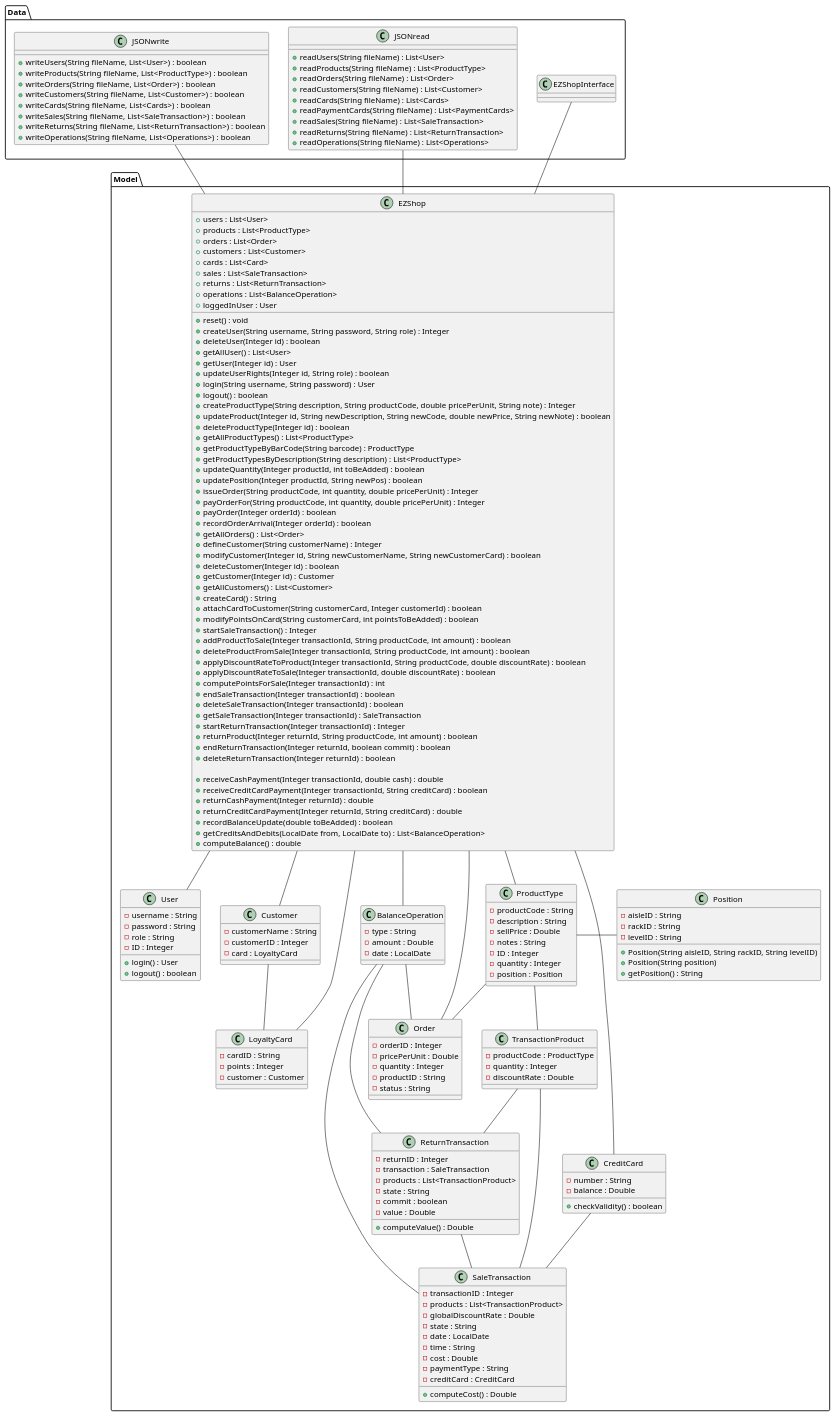
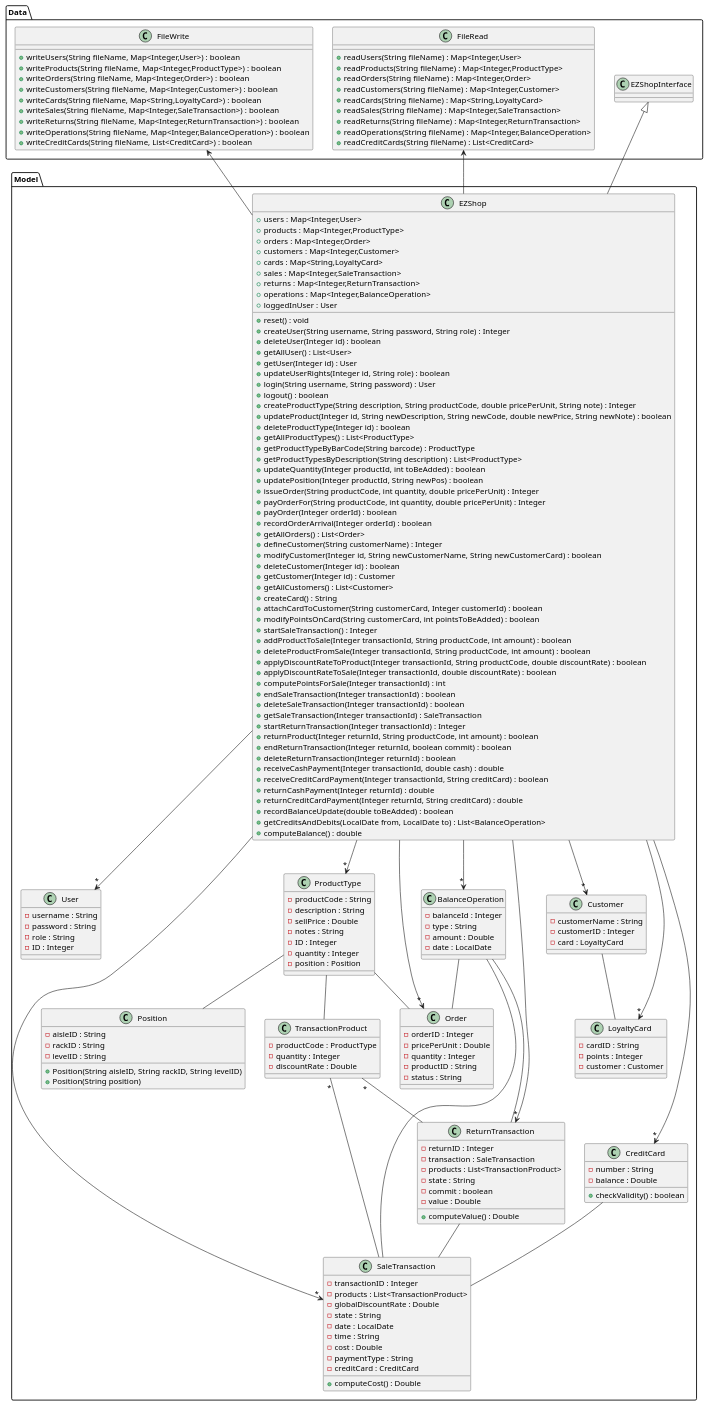
The first of 27 diagrams in Deliverables/DesignDocument.md (giuseppesalvi/ezshop), drawn with PlantUML before and after one commit. The commit also changed other lines of this file, not shown here.

Commit message:
Update DesignDocument.md : updated class diagram

````diff
--- a/Deliverables/DesignDocument.md
+++ b/Deliverables/DesignDocument.md
@@ -39,38 +34,40 @@
 
 package Data {
     Class EZShopInterface{}
-    Class JSONread{
-        +readUsers(String fileName) : List<User>
-        +readProducts(String fileName) : List<ProductType>
-        +readOrders(String fileName) : List<Order>
-        +readCustomers(String fileName) : List<Customer>
-        +readCards(String fileName) : List<Cards>
-        +readPaymentCards(String fileName) : List<PaymentCards>
-        +readSales(String fileName) : List<SaleTransaction>
-        +readReturns(String fileName) : List<ReturnTransaction>
-        +readOperations(String fileName) : List<Operations>
+    Class FileRead{
+        +readUsers(String fileName) : Map<Integer,User>
+        +readProducts(String fileName) : Map<Integer,ProductType>
+        +readOrders(String fileName) : Map<Integer,Order>
+        +readCustomers(String fileName) : Map<Integer,Customer>
+        +readCards(String fileName) : Map<String,LoyaltyCard>
+        +readSales(String fileName) : Map<Integer,SaleTransaction>
+        +readReturns(String fileName) : Map<Integer,ReturnTransaction>
+        +readOperations(String fileName) : Map<Integer,BalanceOperation>
+        +readCreditCards(String fileName) : List<CreditCard>
+        
     }
-    Class JSONwrite{
-        +writeUsers(String fileName, List<User>) : boolean
-        +writeProducts(String fileName, List<ProductType>) : boolean
-        +writeOrders(String fileName, List<Order>) : boolean
-        +writeCustomers(String fileName, List<Customer>) : boolean
-        +writeCards(String fileName, List<Cards>) : boolean
-        +writeSales(String fileName, List<SaleTransaction>) : boolean
-        +writeReturns(String fileName, List<ReturnTransaction>) : boolean
-        +writeOperations(String fileName, List<Operations>) : boolean
+    Class FileWrite{
+        +writeUsers(String fileName, Map<Integer,User>) : boolean
+        +writeProducts(String fileName, Map<Integer,ProductType>) : boolean
+        +writeOrders(String fileName, Map<Integer,Order>) : boolean
+        +writeCustomers(String fileName, Map<Integer,Customer>) : boolean
+        +writeCards(String fileName, Map<String,LoyaltyCard>) : boolean
+        +writeSales(String fileName, Map<Integer,SaleTransaction>) : boolean
+        +writeReturns(String fileName, Map<Integer,ReturnTransaction>) : boolean
+        +writeOperations(String fileName, Map<Integer,BalanceOperation>) : boolean
+        +writeCreditCards(String fileName, List<CreditCard>) : boolean
     }
 }
 package Model {
 Class EZShop{
-    +users : List<User>
-    +products : List<ProductType>
-    +orders : List<Order>
-    +customers : List<Customer>
-    +cards : List<Card>
-    +sales : List<SaleTransaction>
-    +returns : List<ReturnTransaction>
-    +operations : List<BalanceOperation>
+    +users : Map<Integer,User>
+    +products : Map<Integer,ProductType>
+    +orders : Map<Integer,Order>
+    +customers : Map<Integer,Customer>
+    +cards : Map<String,LoyaltyCard>
+    +sales : Map<Integer,SaleTransaction>
+    +returns : Map<Integer,ReturnTransaction>
+    +operations : Map<Integer,BalanceOperation>
     +loggedInUser : User
     
     +reset() : void
@@ -115,7 +112,6 @@
     +returnProduct(Integer returnId, String productCode, int amount) : boolean
     +endReturnTransaction(Integer returnId, boolean commit) : boolean
     +deleteReturnTransaction(Integer returnId) : boolean
-
     +receiveCashPayment(Integer transactionId, double cash) : double
     +receiveCreditCardPayment(Integer transactionId, String creditCard) : boolean
     +returnCashPayment(Integer returnId) : double
@@ -130,8 +126,6 @@
     -password : String
     -role : String
     -ID : Integer
-    +login() : User
-    +logout() : boolean
 }
 
 
@@ -151,7 +145,6 @@
     -levelID : String
     +Position(String aisleID, String rackID, String levelID)
     +Position(String position)
-    +getPosition() : String
 }
 class Order {
     -orderID : Integer
@@ -203,6 +196,7 @@
 }
 
 class BalanceOperation{
+    -balanceId : Integer
     -type : String
     -amount : Double
     -date : LocalDate
@@ -214,28 +208,30 @@
     +checkValidity() : boolean
 }
 
-EZShop -- User
-EZShop -- ProductType
-EZShop -- Order
-EZShop -- Customer
-EZShop -- LoyaltyCard
-EZShop -- BalanceOperation
-EZShop -- CreditCard
+EZShop --> "*" User
+EZShop --> "*" ProductType
+EZShop --> "*" Order
+EZShop --> "*" Customer
+EZShop --> "*" LoyaltyCard
+EZShop --> "*" BalanceOperation
+EZShop --> "*" CreditCard
+EZShop --> "*" SaleTransaction
+EZShop --> "*" ReturnTransaction
 
 ProductType -- Order
 ProductType -- TransactionProduct
-ProductType -right- Position
+ProductType -- Position
 Customer -- LoyaltyCard
-TransactionProduct -- SaleTransaction
-TransactionProduct -- ReturnTransaction
+TransactionProduct "*" -- SaleTransaction
+TransactionProduct "*" -- ReturnTransaction
 ReturnTransaction -- SaleTransaction
 BalanceOperation -- Order
 BalanceOperation -- ReturnTransaction
 BalanceOperation -- SaleTransaction
 CreditCard -- SaleTransaction
-EZShopInterface -- EZShop
-JSONread -- EZShop
-JSONwrite -- EZShop
+EZShopInterface <|-- EZShop
+FileRead <-- EZShop
+FileWrite <-- EZShop
 }
 @enduml
 ```
````
